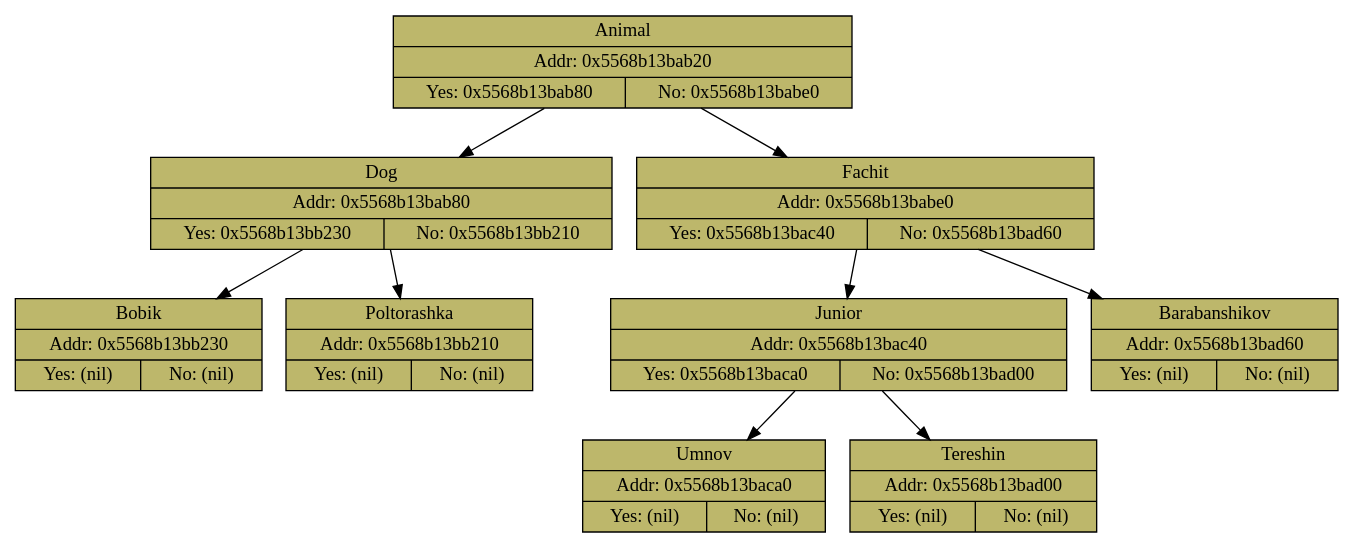
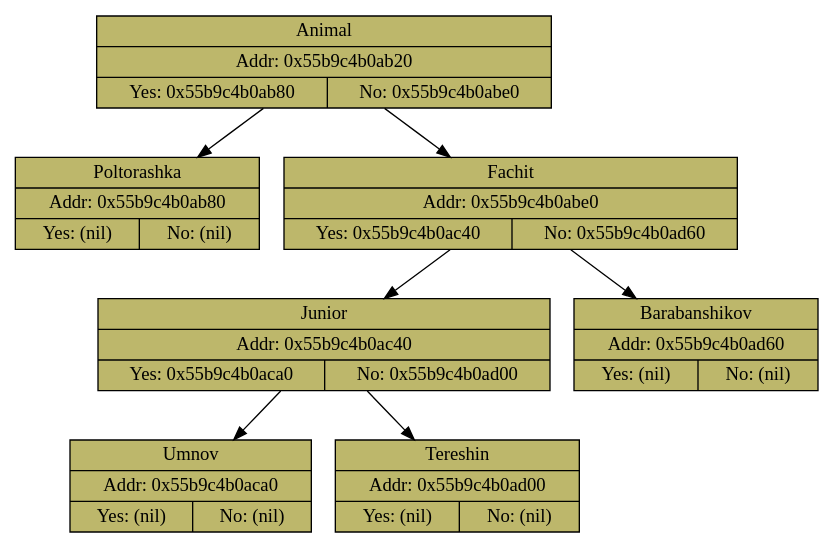
One commit to greggregbean/akinator changed the diagram in gpraph.dot. Above: the diagram before and after it, drawn with Graphviz. The commit also changed 2 other files, not shown here.

```diff
--- a/gpraph.dot
+++ b/gpraph.dot
@@ -1,20 +1,16 @@
 digraph 
 {
- Animal [shape=record, fillcolor = darkkhaki, style = filled, label = " { Animal | Addr: 0x5568b13bab20 | {Yes: 0x5568b13bab80 | No: 0x5568b13babe0 }}" ] 
- Animal -> Dog; 
- Dog [shape=record, fillcolor = darkkhaki, style = filled, label = " { Dog | Addr: 0x5568b13bab80 | {Yes: 0x5568b13bb230 | No: 0x5568b13bb210 }}" ] 
- Dog -> Bobik; 
- Bobik [shape=record, fillcolor = darkkhaki, style = filled, label = " { Bobik | Addr: 0x5568b13bb230 | {Yes: (nil) | No: (nil) }}" ] 
- Dog -> Poltorashka; 
- Poltorashka [shape=record, fillcolor = darkkhaki, style = filled, label = " { Poltorashka | Addr: 0x5568b13bb210 | {Yes: (nil) | No: (nil) }}" ] 
+ Animal [shape=record, fillcolor = darkkhaki, style = filled, label = " { Animal | Addr: 0x55b9c4b0ab20 | {Yes: 0x55b9c4b0ab80 | No: 0x55b9c4b0abe0 }}" ] 
+ Animal -> Poltorashka; 
+ Poltorashka [shape=record, fillcolor = darkkhaki, style = filled, label = " { Poltorashka | Addr: 0x55b9c4b0ab80 | {Yes: (nil) | No: (nil) }}" ] 
  Animal -> Fachit; 
- Fachit [shape=record, fillcolor = darkkhaki, style = filled, label = " { Fachit | Addr: 0x5568b13babe0 | {Yes: 0x5568b13bac40 | No: 0x5568b13bad60 }}" ] 
+ Fachit [shape=record, fillcolor = darkkhaki, style = filled, label = " { Fachit | Addr: 0x55b9c4b0abe0 | {Yes: 0x55b9c4b0ac40 | No: 0x55b9c4b0ad60 }}" ] 
  Fachit -> Junior; 
- Junior [shape=record, fillcolor = darkkhaki, style = filled, label = " { Junior | Addr: 0x5568b13bac40 | {Yes: 0x5568b13baca0 | No: 0x5568b13bad00 }}" ] 
+ Junior [shape=record, fillcolor = darkkhaki, style = filled, label = " { Junior | Addr: 0x55b9c4b0ac40 | {Yes: 0x55b9c4b0aca0 | No: 0x55b9c4b0ad00 }}" ] 
  Junior -> Umnov; 
- Umnov [shape=record, fillcolor = darkkhaki, style = filled, label = " { Umnov | Addr: 0x5568b13baca0 | {Yes: (nil) | No: (nil) }}" ] 
+ Umnov [shape=record, fillcolor = darkkhaki, style = filled, label = " { Umnov | Addr: 0x55b9c4b0aca0 | {Yes: (nil) | No: (nil) }}" ] 
  Junior -> Tereshin; 
- Tereshin [shape=record, fillcolor = darkkhaki, style = filled, label = " { Tereshin | Addr: 0x5568b13bad00 | {Yes: (nil) | No: (nil) }}" ] 
+ Tereshin [shape=record, fillcolor = darkkhaki, style = filled, label = " { Tereshin | Addr: 0x55b9c4b0ad00 | {Yes: (nil) | No: (nil) }}" ] 
  Fachit -> Barabanshikov; 
- Barabanshikov [shape=record, fillcolor = darkkhaki, style = filled, label = " { Barabanshikov | Addr: 0x5568b13bad60 | {Yes: (nil) | No: (nil) }}" ] 
+ Barabanshikov [shape=record, fillcolor = darkkhaki, style = filled, label = " { Barabanshikov | Addr: 0x55b9c4b0ad60 | {Yes: (nil) | No: (nil) }}" ] 
 }
```
